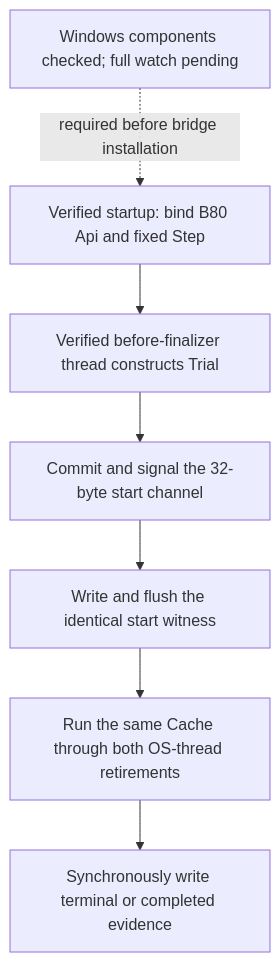
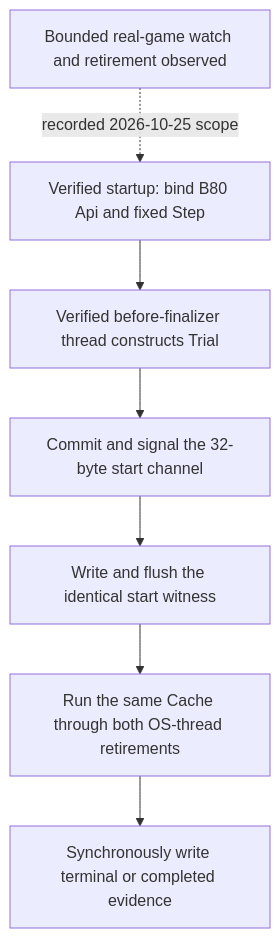
One commit to Ratty123/CDMW-Full changed the sixth of 8 diagrams in cdmw/ui/new_item/INDEPENDENT_ITEMS.md. Above: the diagram before and after it, drawn with Mermaid. The commit also changed other lines of this file and 2 other files, not shown here.

Commit message:
docs: record bounded native game retirement result

````diff
--- a/cdmw/ui/new_item/INDEPENDENT_ITEMS.md
+++ b/cdmw/ui/new_item/INDEPENDENT_ITEMS.md
@@ -2176,9 +2203,9 @@
 ```mermaid
 flowchart TD
     S["Verified startup: bind B80 Api and fixed Step"] --> P["Verified before-finalizer thread constructs Trial"]
     P --> C["Commit and signal the 32-byte start channel"]
     C --> W["Write and flush the identical start witness"]
     W --> T["Run the same Cache through both OS-thread retirements"]
     T --> E["Synchronously write terminal or completed evidence"]
-    G["Windows components checked; full watch pending"] -. "required before bridge installation" .-> S
+    G["Bounded real-game watch and retirement observed"] -. "recorded 2026-10-25 scope" .-> S
 ```
````
